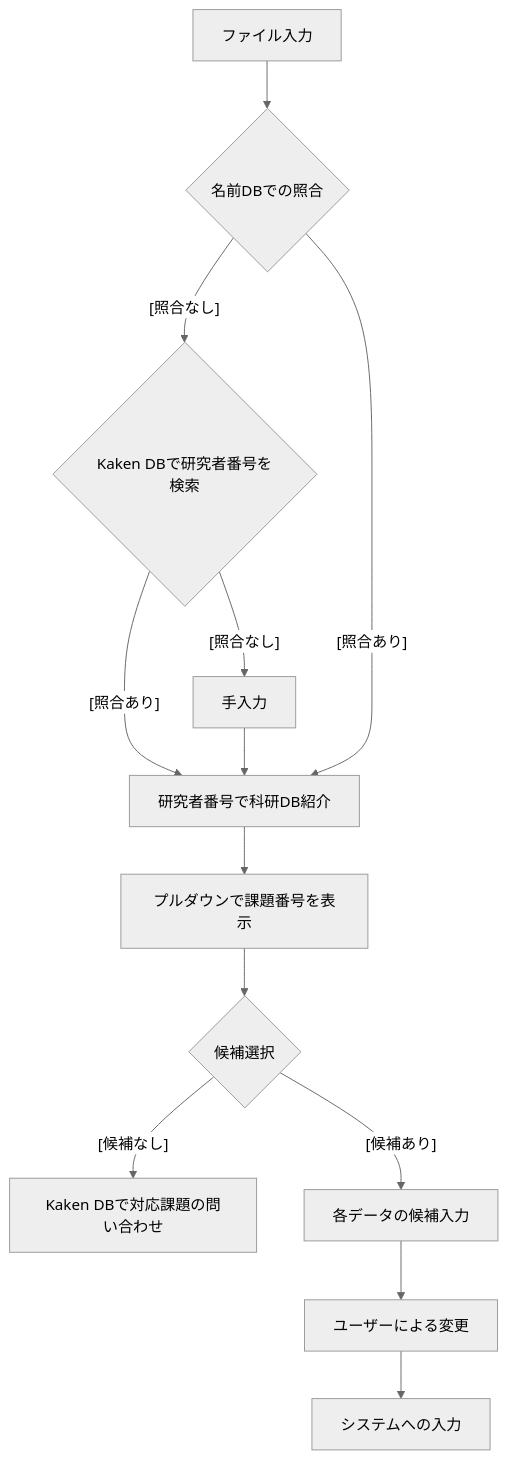
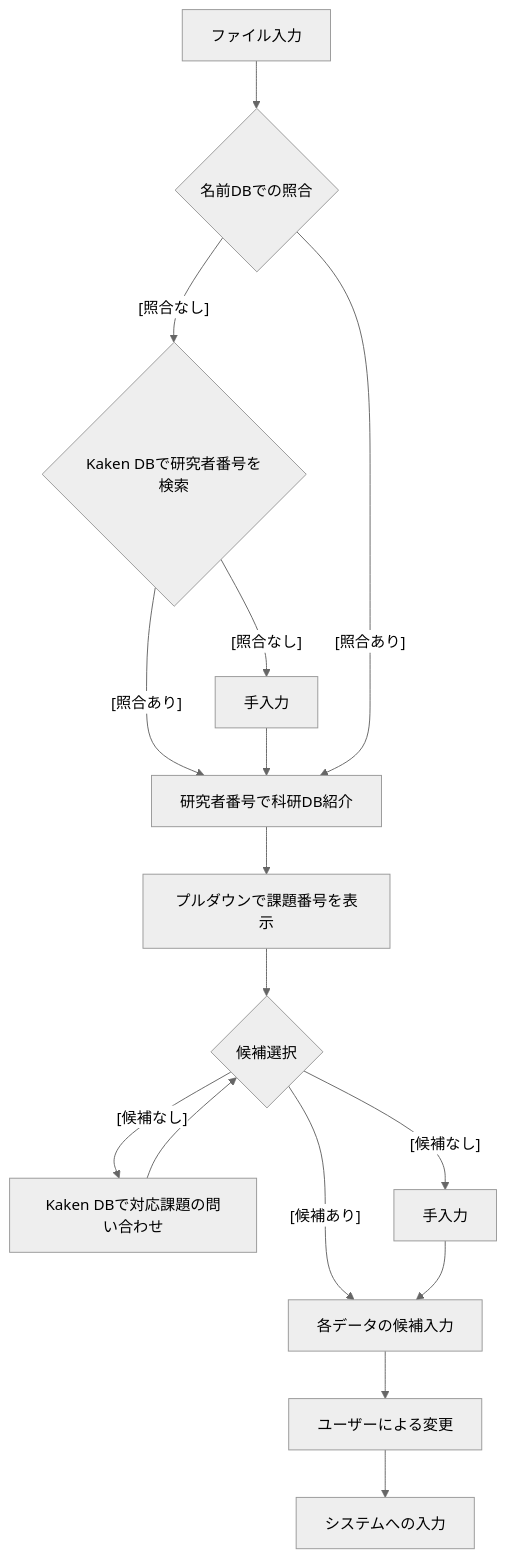
The diagram in README.md (junta-m/Automated_Processing_of_Research_Supplies), drawn with Mermaid (neutral theme) before and after one commit.

Commit message:
marmaid uptated

````diff
--- a/README.md
+++ b/README.md
@@ -16,23 +16,26 @@
 ```mermaid
 graph TD;
 	A[ファイル入力]
 	B{名前DBでの照合}
 	A-->B;
 	B--[照合なし]-->BB{Kaken DBで研究者番号を検索}
 	BB--[照合あり]--> C;
 	BB--[照合なし]--> BBB[手入力];
 	BBB-->C;
 	B--[照合あり]--> C;
 	C[研究者番号で科研DB紹介]
 	C --> D;
 	D[プルダウンで課題番号を表示]
 	D --> E;
 	E{候補選択};
 	E --[候補なし]--> EE[Kaken DBで対応課題の問い合わせ];
+	EE --> E;
+	E --[候補なし]--> FF[手入力];
 	E --[候補あり]--> F;
+	FF --> F;
 	F[各データの候補入力]
 	F --> G;
 	G[ユーザーによる変更]
 	G-->H;
 	H[システムへの入力]
 ```
````
